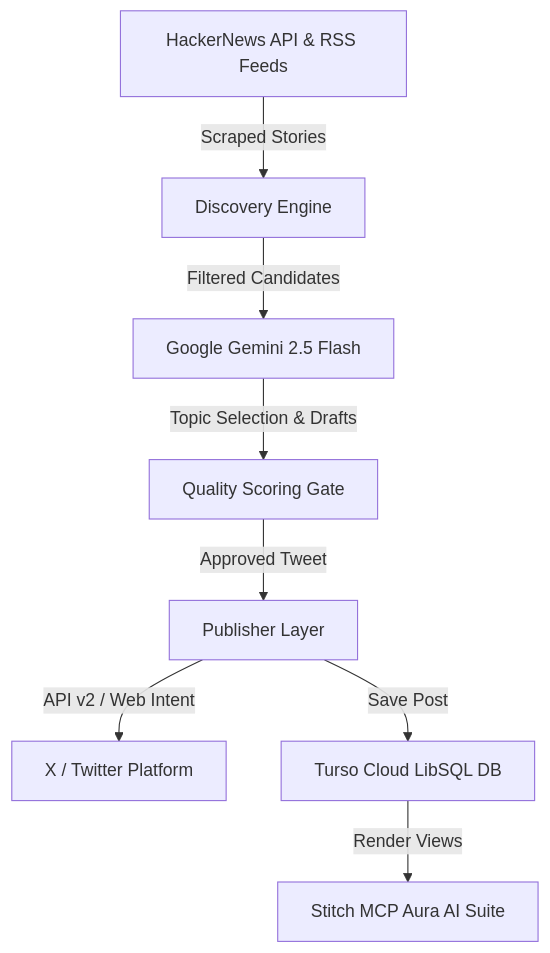
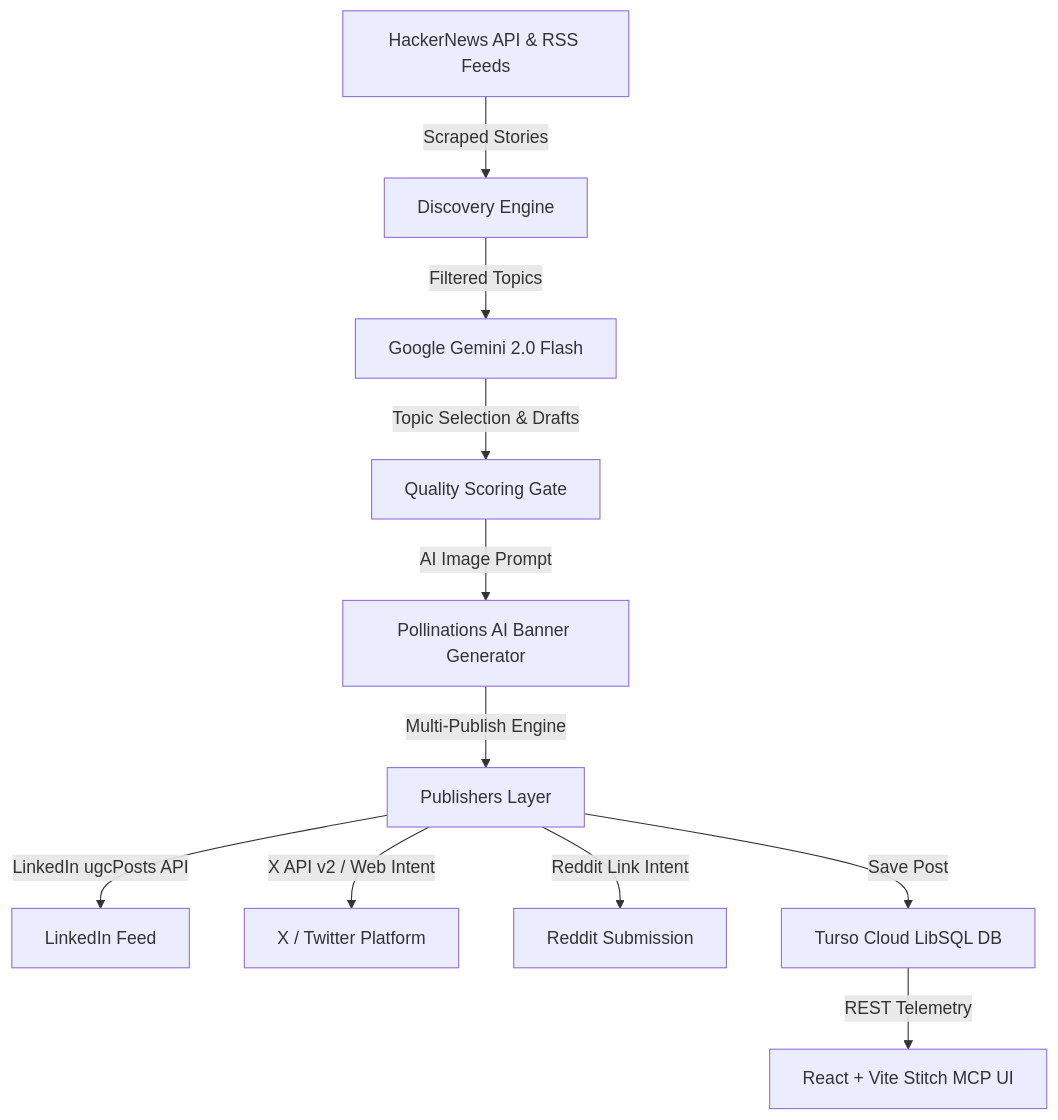
The diagram in PROMPTS.md (sk70-1/AI_CREATOR), drawn with Mermaid before and after one commit. The commit also changed other lines of this file and 1 other file, not shown here.

Commit message:
docs: update README.md and PROMPTS.md with multi-platform publishing and architecture specs

````diff
--- a/PROMPTS.md
+++ b/PROMPTS.md
@@ -9,10 +9,13 @@
 ```mermaid
 graph TD
     A[HackerNews API & RSS Feeds] -->|Scraped Stories| B[Discovery Engine]
-    B -->|Filtered Candidates| C[Google Gemini 2.5 Flash]
+    B -->|Filtered Topics| C[Google Gemini 2.0 Flash]
     C -->|Topic Selection & Drafts| D[Quality Scoring Gate]
-    D -->|Approved Tweet| E[Publisher Layer]
-    E -->|API v2 / Web Intent| F[X / Twitter Platform]
-    E -->|Save Post| G[Turso Cloud LibSQL DB]
-    G -->|Render Views| H[Stitch MCP Aura AI Suite]
+    D -->|AI Image Prompt| E[Pollinations AI Banner Generator]
+    E -->|Multi-Publish Engine| F[Publishers Layer]
+    F -->|LinkedIn ugcPosts API| G[LinkedIn Feed]
+    F -->|X API v2 / Web Intent| H[X / Twitter Platform]
+    F -->|Reddit Link Intent| I[Reddit Submission]
+    F -->|Save Post| J[Turso Cloud LibSQL DB]
+    J -->|REST Telemetry| K[React + Vite Stitch MCP UI]
 ```
````
